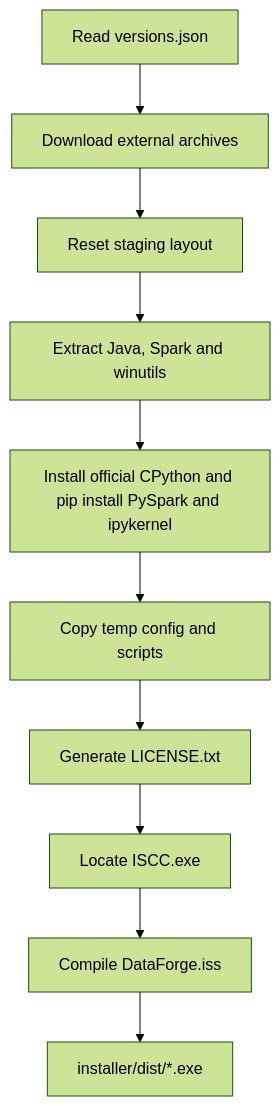
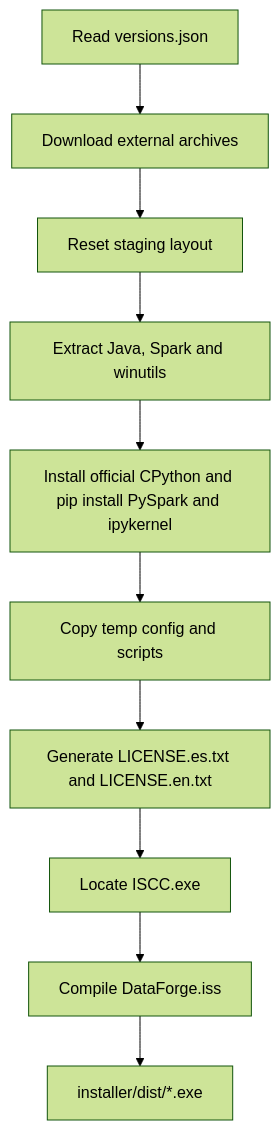
One commit to Adarve999/DataForge changed the third of 6 diagrams in docs/ARCHITECTURE.md. Above: the diagram before and after it, drawn with Mermaid (forest theme). The commit also changed other lines of this file and 8 other files, not shown here.

````diff
--- a/docs/ARCHITECTURE.md
+++ b/docs/ARCHITECTURE.md
@@ -72,12 +74,12 @@
 ```mermaid
 flowchart TD
     readConfig["Read versions.json"] --> downloads["Download external archives"]
     downloads --> resetStage["Reset staging layout"]
     resetStage --> extract["Extract Java, Spark and winutils"]
     extract --> pythonRuntime["Install official CPython and pip install PySpark and ipykernel"]
     pythonRuntime --> sync["Copy temp config and scripts"]
-    sync --> licenseFile["Generate LICENSE.txt"]
+    sync --> licenseFile["Generate LICENSE.es.txt and LICENSE.en.txt"]
     licenseFile --> checkCompiler["Locate ISCC.exe"]
     checkCompiler --> compile["Compile DataForge.iss"]
     compile --> executable["installer/dist/*.exe"]
 ```
````
